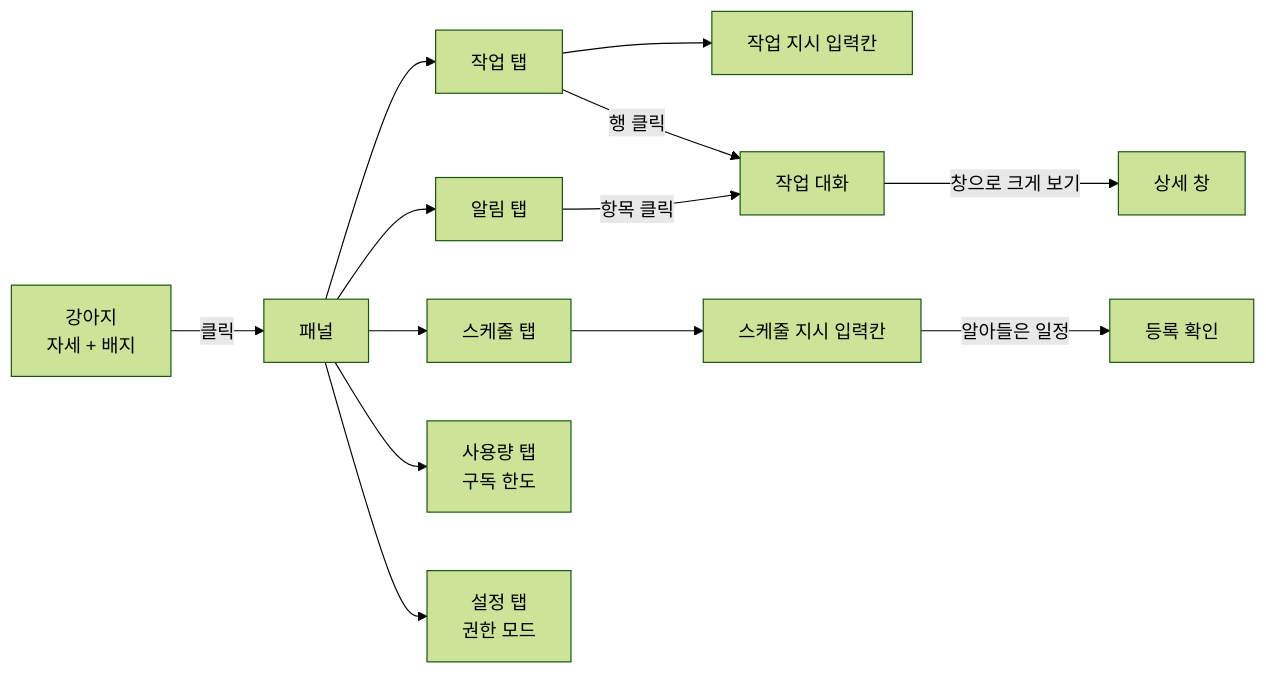
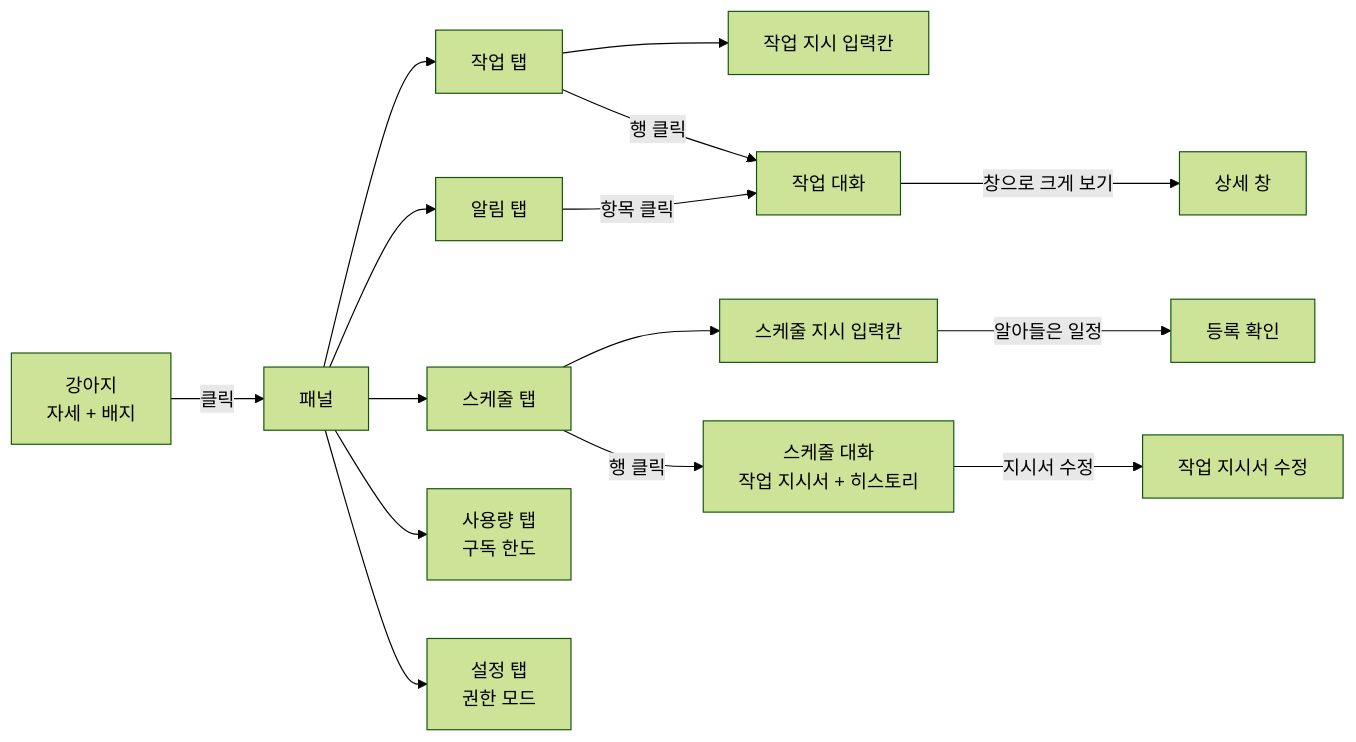
Before and after one commit to HEOSEONGILml/AssistantChatBot: the diagram in docs/design/2026-10-21-output-ui/README.md, drawn with Mermaid (forest theme). The commit also changed other lines of this file and 7 other files, not shown here.

Commit message:
docs: 디자인 — 스케줄 = 세션 하나, 스케줄 대화·지시서 수정 화면 (0032 고침)

````diff
--- a/docs/design/2026-10-21-output-ui/README.md
+++ b/docs/design/2026-10-21-output-ui/README.md
@@ -12,15 +12,17 @@
 ```mermaid
 flowchart LR
   Dog[강아지<br/>자세 + 배지] -->|클릭| Panel[패널]
   Panel --> Alerts[알림 탭]
   Panel --> Tasks[작업 탭]
   Panel --> Schedules[스케줄 탭]
   Panel --> Usage[사용량 탭<br/>구독 한도]
   Panel --> Settings[설정 탭<br/>권한 모드]
   Tasks --> TaskInput[작업 지시 입력칸]
   Schedules --> SchedInput[스케줄 지시 입력칸]
   SchedInput -->|알아들은 일정| Confirm[등록 확인]
+  Schedules -->|행 클릭| SchedDetail[스케줄 대화<br/>작업 지시서 + 히스토리]
+  SchedDetail -->|지시서 수정| SchedEdit[작업 지시서 수정]
   Alerts -->|항목 클릭| Thread[작업 대화]
   Tasks -->|행 클릭| Thread
   Thread -->|창으로 크게 보기| Window[상세 창]
 ```
````
